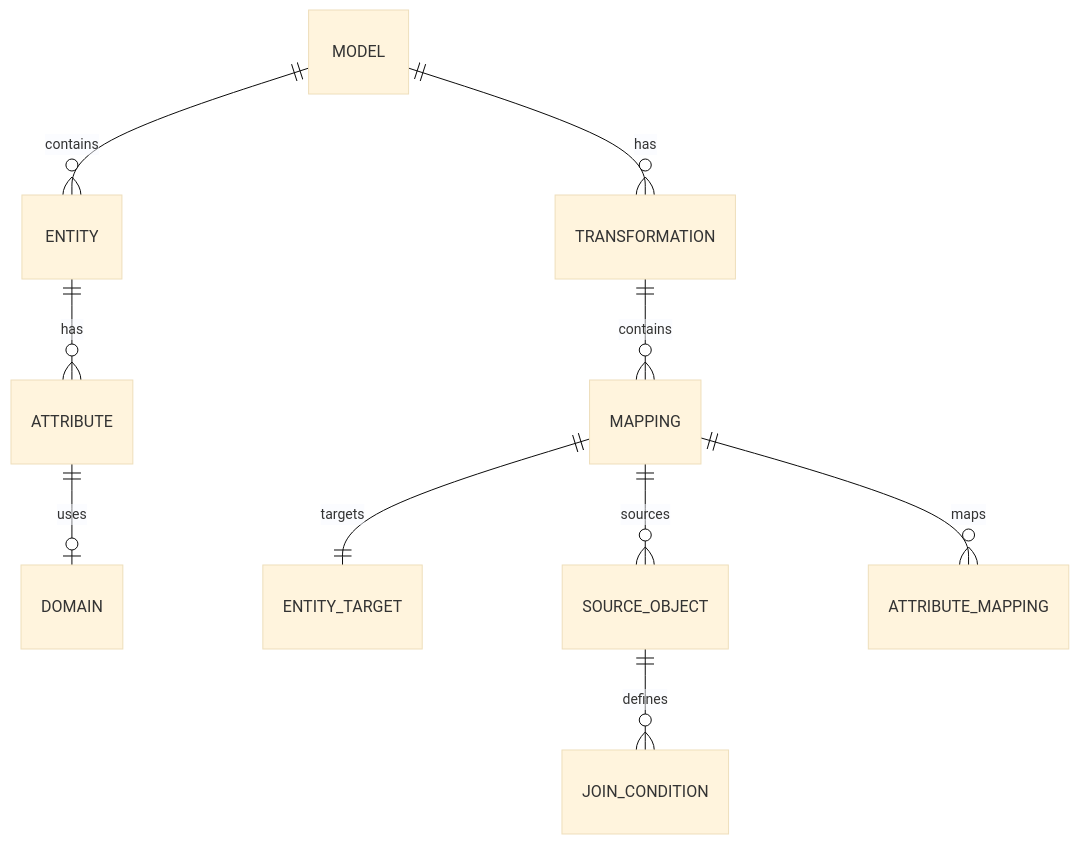
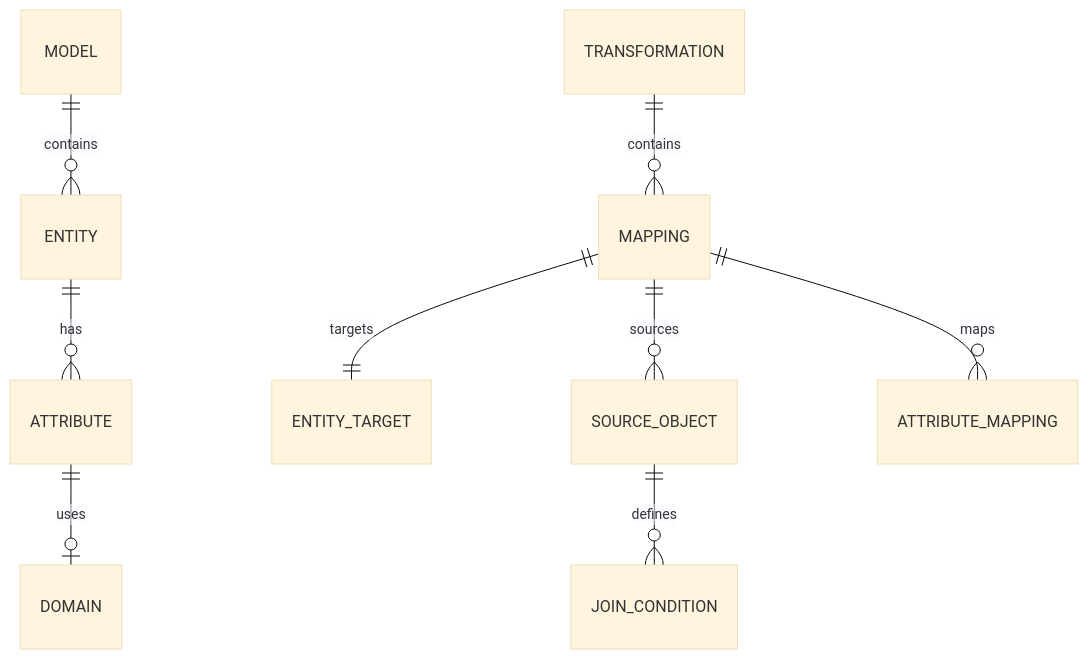
Before and after one commit to mark-me/etl_templates: the first of 3 diagrams in docs/Model_Extracted_Diagram.md, drawn with Mermaid (base theme).

Commit message:
Removed relationship between model and transformations

````diff
--- a/docs/Model_Extracted_Diagram.md
+++ b/docs/Model_Extracted_Diagram.md
@@ -7,12 +7,11 @@
 ```mermaid
 erDiagram
     MODEL ||--o{ ENTITY : contains
     ENTITY ||--o{ ATTRIBUTE : has
     ATTRIBUTE ||--o| DOMAIN : uses
-    MODEL ||--o{ TRANSFORMATION : has
     TRANSFORMATION ||--o{ MAPPING : contains
     MAPPING ||--|| ENTITY_TARGET : targets
     MAPPING ||--o{ SOURCE_OBJECT : sources
     SOURCE_OBJECT ||--o{ JOIN_CONDITION : defines
     MAPPING ||--o{ ATTRIBUTE_MAPPING : maps
 ```
````
